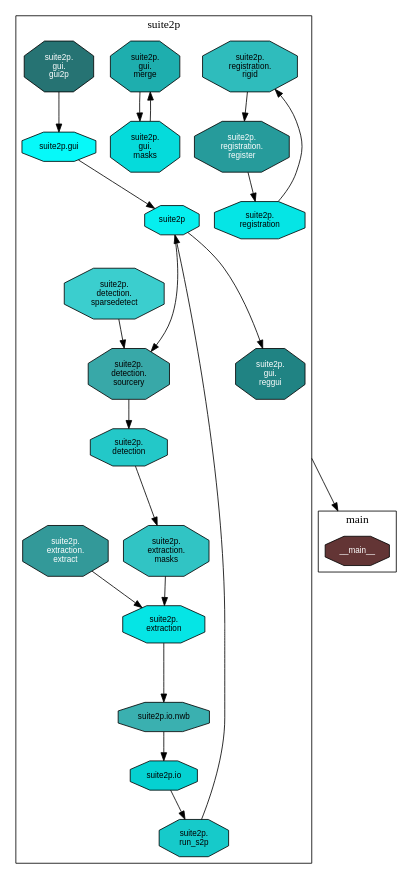
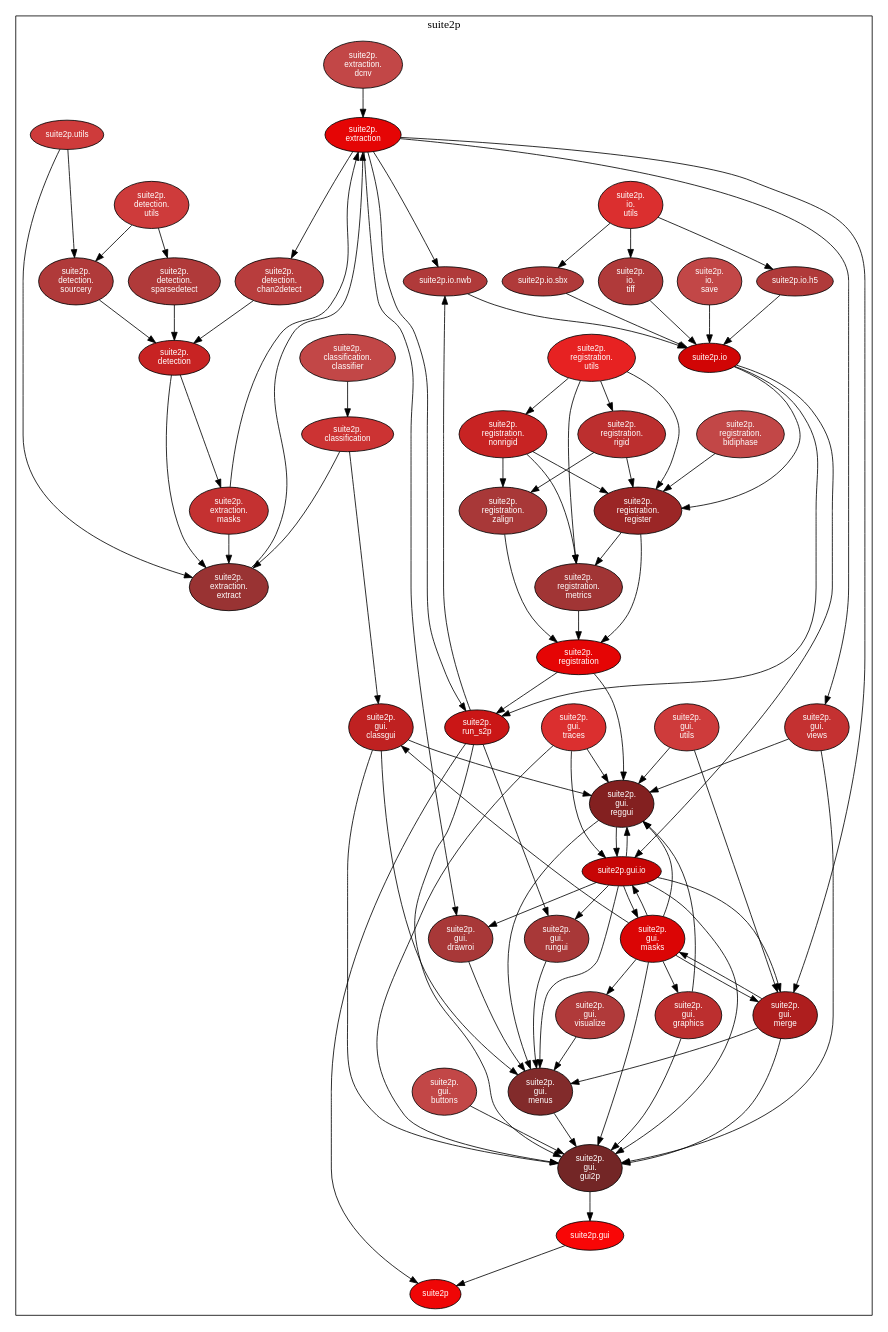
Before and after one commit to MouseLand/suite2p: the diagram in scripts/suite2p.dot, drawn with Graphviz. The commit also changed 4 other files, not shown here.

Commit message:
removed dependency of sourcery on sparsedetect.

```diff
--- a/scripts/suite2p.dot
+++ b/scripts/suite2p.dot
@@ -5,48 +5,143 @@
     rankdir = TB;
     node [style=filled,fillcolor="#ffffff",fontcolor="#000000",fontname=Helvetica,fontsize=10];
 
-subgraph cluster_main {
-    label = main;
-    __main__ [fillcolor="#633535",fontcolor="#ffffff",shape="octagon"];
-}
 subgraph cluster_suite2p {
     label = suite2p;
-    suite2p_gui_reggui [fillcolor="#208383",fontcolor="#ffffff",label="suite2p\.\ngui\.\nreggui",shape="octagon"];
-    suite2p_registration_rigid [fillcolor="#2fbcbc",label="suite2p\.\nregistration\.\nrigid",shape="octagon"];
-    suite2p [fillcolor="#06efef",shape="octagon"];
-    suite2p_gui_merge [fillcolor="#1eaeae",label="suite2p\.\ngui\.\nmerge",shape="octagon"];
-    suite2p_run_s2p [fillcolor="#16caca",label="suite2p\.\nrun_s2p",shape="octagon"];
-    suite2p_extraction [fillcolor="#05e5e5",label="suite2p\.\nextraction",shape="octagon"];
-    suite2p_extraction_masks [fillcolor="#31c4c4",label="suite2p\.\nextraction\.\nmasks",shape="octagon"];
-    suite2p_detection_sourcery [fillcolor="#38a8a8",label="suite2p\.\ndetection\.\nsourcery",shape="octagon"];
-    suite2p_gui_gui2p [fillcolor="#267373",fontcolor="#ffffff",label="suite2p\.\ngui\.\ngui2p",shape="octagon"];
-    suite2p_registration_register [fillcolor="#269b9b",fontcolor="#ffffff",label="suite2p\.\nregistration\.\nregister",shape="octagon"];
-    suite2p_registration [fillcolor="#05e5e5",label="suite2p\.\nregistration",shape="octagon"];
-    suite2p_detection [fillcolor="#23c8c8",label="suite2p\.\ndetection",shape="octagon"];
-    suite2p_gui [fillcolor="#06f9f9",label="suite2p.gui",shape="octagon"];
-    suite2p_detection_sparsedetect [fillcolor="#3bcece",label="suite2p\.\ndetection\.\nsparsedetect",shape="octagon"];
-    suite2p_io [fillcolor="#05d1d1",label="suite2p.io",shape="octagon"];
-    suite2p_io_nwb [fillcolor="#3ab0b0",label="suite2p.io.nwb",shape="octagon"];
-    suite2p_gui_masks [fillcolor="#05dbdb",label="suite2p\.\ngui\.\nmasks",shape="octagon"];
-    suite2p_extraction_extract [fillcolor="#339999",fontcolor="#ffffff",label="suite2p\.\nextraction\.\nextract",shape="octagon"];
+    suite2p [fillcolor="#ef0606",fontcolor="#ffffff"];
+    suite2p_classification [fillcolor="#cc3333",fontcolor="#ffffff",label="suite2p\.\nclassification"];
+    suite2p_classification_classifier [fillcolor="#c24747",fontcolor="#ffffff",label="suite2p\.\nclassification\.\nclassifier"];
+    suite2p_detection [fillcolor="#c82323",fontcolor="#ffffff",label="suite2p\.\ndetection"];
+    suite2p_detection_chan2detect [fillcolor="#b83d3d",fontcolor="#ffffff",label="suite2p\.\ndetection\.\nchan2detect"];
+    suite2p_detection_sourcery [fillcolor="#b03a3a",fontcolor="#ffffff",label="suite2p\.\ndetection\.\nsourcery"];
+    suite2p_detection_sparsedetect [fillcolor="#b03a3a",fontcolor="#ffffff",label="suite2p\.\ndetection\.\nsparsedetect"];
+    suite2p_detection_utils [fillcolor="#ce3b3b",fontcolor="#ffffff",label="suite2p\.\ndetection\.\nutils"];
+    suite2p_extraction [fillcolor="#e50505",fontcolor="#ffffff",label="suite2p\.\nextraction"];
+    suite2p_extraction_dcnv [fillcolor="#c24747",fontcolor="#ffffff",label="suite2p\.\nextraction\.\ndcnv"];
+    suite2p_extraction_extract [fillcolor="#993333",fontcolor="#ffffff",label="suite2p\.\nextraction\.\nextract"];
+    suite2p_extraction_masks [fillcolor="#c43131",fontcolor="#ffffff",label="suite2p\.\nextraction\.\nmasks"];
+    suite2p_gui [fillcolor="#f90606",fontcolor="#ffffff",label="suite2p.gui"];
+    suite2p_gui_buttons [fillcolor="#c24747",fontcolor="#ffffff",label="suite2p\.\ngui\.\nbuttons"];
+    suite2p_gui_classgui [fillcolor="#bf2121",fontcolor="#ffffff",label="suite2p\.\ngui\.\nclassgui"];
+    suite2p_gui_drawroi [fillcolor="#a83838",fontcolor="#ffffff",label="suite2p\.\ngui\.\ndrawroi"];
+    suite2p_gui_graphics [fillcolor="#bc2f2f",fontcolor="#ffffff",label="suite2p\.\ngui\.\ngraphics"];
+    suite2p_gui_gui2p [fillcolor="#732626",fontcolor="#ffffff",label="suite2p\.\ngui\.\ngui2p"];
+    suite2p_gui_io [fillcolor="#c70505",fontcolor="#ffffff",label="suite2p.gui.io"];
+    suite2p_gui_masks [fillcolor="#db0505",fontcolor="#ffffff",label="suite2p\.\ngui\.\nmasks"];
+    suite2p_gui_menus [fillcolor="#822b2b",fontcolor="#ffffff",label="suite2p\.\ngui\.\nmenus"];
+    suite2p_gui_merge [fillcolor="#ae1e1e",fontcolor="#ffffff",label="suite2p\.\ngui\.\nmerge"];
+    suite2p_gui_reggui [fillcolor="#832020",fontcolor="#ffffff",label="suite2p\.\ngui\.\nreggui"];
+    suite2p_gui_rungui [fillcolor="#a83838",fontcolor="#ffffff",label="suite2p\.\ngui\.\nrungui"];
+    suite2p_gui_traces [fillcolor="#db2f2f",fontcolor="#ffffff",label="suite2p\.\ngui\.\ntraces"];
+    suite2p_gui_utils [fillcolor="#ce3b3b",fontcolor="#ffffff",label="suite2p\.\ngui\.\nutils"];
+    suite2p_gui_views [fillcolor="#c43131",fontcolor="#ffffff",label="suite2p\.\ngui\.\nviews"];
+    suite2p_gui_visualize [fillcolor="#b03a3a",fontcolor="#ffffff",label="suite2p\.\ngui\.\nvisualize"];
+    suite2p_io [fillcolor="#d10505",fontcolor="#ffffff",label="suite2p.io"];
+    suite2p_io_h5 [fillcolor="#b03a3a",fontcolor="#ffffff",label="suite2p.io.h5"];
+    suite2p_io_nwb [fillcolor="#b03a3a",fontcolor="#ffffff",label="suite2p.io.nwb"];
+    suite2p_io_save [fillcolor="#c24747",fontcolor="#ffffff",label="suite2p\.\nio\.\nsave"];
+    suite2p_io_sbx [fillcolor="#b03a3a",fontcolor="#ffffff",label="suite2p.io.sbx"];
+    suite2p_io_tiff [fillcolor="#b03a3a",fontcolor="#ffffff",label="suite2p\.\nio\.\ntiff"];
+    suite2p_io_utils [fillcolor="#db2f2f",fontcolor="#ffffff",label="suite2p\.\nio\.\nutils"];
+    suite2p_registration [fillcolor="#e50505",fontcolor="#ffffff",label="suite2p\.\nregistration"];
+    suite2p_registration_bidiphase [fillcolor="#c24747",fontcolor="#ffffff",label="suite2p\.\nregistration\.\nbidiphase"];
+    suite2p_registration_metrics [fillcolor="#a13535",fontcolor="#ffffff",label="suite2p\.\nregistration\.\nmetrics"];
+    suite2p_registration_nonrigid [fillcolor="#c82323",fontcolor="#ffffff",label="suite2p\.\nregistration\.\nnonrigid"];
+    suite2p_registration_register [fillcolor="#9b2626",fontcolor="#ffffff",label="suite2p\.\nregistration\.\nregister"];
+    suite2p_registration_rigid [fillcolor="#bc2f2f",fontcolor="#ffffff",label="suite2p\.\nregistration\.\nrigid"];
+    suite2p_registration_utils [fillcolor="#e72222",fontcolor="#ffffff",label="suite2p\.\nregistration\.\nutils"];
+    suite2p_registration_zalign [fillcolor="#a83838",fontcolor="#ffffff",label="suite2p\.\nregistration\.\nzalign"];
+    suite2p_run_s2p [fillcolor="#ca1616",fontcolor="#ffffff",label="suite2p\.\nrun_s2p"];
+    suite2p_utils [fillcolor="#ce3b3b",fontcolor="#ffffff",label="suite2p.utils"];
 }
-    suite2p -> suite2p_detection_sourcery [fillcolor="#000000",minlen="2"];
-    suite2p -> suite2p_gui_reggui [fillcolor="#000000",minlen="2"];
+    suite2p_classification -> suite2p_extraction_extract [fillcolor="#000000",minlen="2"];
+    suite2p_classification -> suite2p_gui_classgui [fillcolor="#000000",minlen="2"];
+    suite2p_classification_classifier -> suite2p_classification [fillcolor="#000000",weight="2"];
+    suite2p_detection -> suite2p_extraction_extract [fillcolor="#000000",minlen="2"];
     suite2p_detection -> suite2p_extraction_masks [fillcolor="#000000",minlen="2"];
+    suite2p_detection_chan2detect -> suite2p_detection [fillcolor="#000000",weight="2"];
     suite2p_detection_sourcery -> suite2p_detection [fillcolor="#000000",weight="2"];
-    suite2p_detection_sparsedetect -> suite2p_detection_sourcery [fillcolor="#000000",weight="2"];
+    suite2p_detection_sparsedetect -> suite2p_detection [fillcolor="#000000",weight="2"];
+    suite2p_detection_utils -> suite2p_detection_sourcery [fillcolor="#000000",weight="2"];
+    suite2p_detection_utils -> suite2p_detection_sparsedetect [fillcolor="#000000",weight="2"];
+    suite2p_extraction -> suite2p_detection_chan2detect [fillcolor="#000000",minlen="2"];
+    suite2p_extraction -> suite2p_gui_drawroi [fillcolor="#000000",minlen="2"];
+    suite2p_extraction -> suite2p_gui_merge [fillcolor="#000000",minlen="2"];
+    suite2p_extraction -> suite2p_gui_views [fillcolor="#000000",minlen="2"];
     suite2p_extraction -> suite2p_io_nwb [fillcolor="#000000",minlen="2"];
+    suite2p_extraction -> suite2p_run_s2p [fillcolor="#000000"];
+    suite2p_extraction_dcnv -> suite2p_extraction [fillcolor="#000000",weight="2"];
     suite2p_extraction_extract -> suite2p_extraction [fillcolor="#000000",weight="2"];
     suite2p_extraction_masks -> suite2p_extraction [fillcolor="#000000",weight="2"];
+    suite2p_extraction_masks -> suite2p_extraction_extract [fillcolor="#000000",weight="2"];
     suite2p_gui -> suite2p [fillcolor="#000000"];
+    suite2p_gui_buttons -> suite2p_gui_gui2p [fillcolor="#000000",weight="2"];
+    suite2p_gui_classgui -> suite2p_gui_gui2p [fillcolor="#000000",weight="2"];
+    suite2p_gui_classgui -> suite2p_gui_menus [fillcolor="#000000",weight="2"];
+    suite2p_gui_classgui -> suite2p_gui_reggui [fillcolor="#000000",weight="2"];
+    suite2p_gui_drawroi -> suite2p_gui_menus [fillcolor="#000000",weight="2"];
+    suite2p_gui_graphics -> suite2p_gui_gui2p [fillcolor="#000000",weight="2"];
+    suite2p_gui_graphics -> suite2p_gui_reggui [fillcolor="#000000",weight="2"];
     suite2p_gui_gui2p -> suite2p_gui [fillcolor="#000000",weight="2"];
+    suite2p_gui_io -> suite2p_gui_drawroi [fillcolor="#000000",weight="2"];
+    suite2p_gui_io -> suite2p_gui_gui2p [fillcolor="#000000",weight="2"];
+    suite2p_gui_io -> suite2p_gui_masks [fillcolor="#000000",weight="2"];
+    suite2p_gui_io -> suite2p_gui_menus [fillcolor="#000000",weight="2"];
+    suite2p_gui_io -> suite2p_gui_merge [fillcolor="#000000",weight="2"];
+    suite2p_gui_io -> suite2p_gui_reggui [fillcolor="#000000",weight="2"];
+    suite2p_gui_io -> suite2p_gui_rungui [fillcolor="#000000",weight="2"];
+    suite2p_gui_masks -> suite2p_gui_classgui [fillcolor="#000000",weight="2"];
+    suite2p_gui_masks -> suite2p_gui_graphics [fillcolor="#000000",weight="2"];
+    suite2p_gui_masks -> suite2p_gui_gui2p [fillcolor="#000000",weight="2"];
+    suite2p_gui_masks -> suite2p_gui_io [fillcolor="#000000",weight="2"];
     suite2p_gui_masks -> suite2p_gui_merge [fillcolor="#000000",weight="2"];
+    suite2p_gui_masks -> suite2p_gui_reggui [fillcolor="#000000",weight="2"];
+    suite2p_gui_masks -> suite2p_gui_visualize [fillcolor="#000000",weight="2"];
+    suite2p_gui_menus -> suite2p_gui_gui2p [fillcolor="#000000",weight="2"];
+    suite2p_gui_merge -> suite2p_gui_gui2p [fillcolor="#000000",weight="2"];
     suite2p_gui_merge -> suite2p_gui_masks [fillcolor="#000000",weight="2"];
-    suite2p_gui_reggui -> __main__ [fillcolor="#000000",lhead="cluster_main",ltail="cluster_suite2p",minlen="3"];
+    suite2p_gui_merge -> suite2p_gui_menus [fillcolor="#000000",weight="2"];
+    suite2p_gui_reggui -> suite2p_gui_io [fillcolor="#000000",weight="2"];
+    suite2p_gui_reggui -> suite2p_gui_menus [fillcolor="#000000",weight="2"];
+    suite2p_gui_rungui -> suite2p_gui_menus [fillcolor="#000000",weight="2"];
+    suite2p_gui_traces -> suite2p_gui_gui2p [fillcolor="#000000",weight="2"];
+    suite2p_gui_traces -> suite2p_gui_io [fillcolor="#000000",weight="2"];
+    suite2p_gui_traces -> suite2p_gui_reggui [fillcolor="#000000",weight="2"];
+    suite2p_gui_utils -> suite2p_gui_merge [fillcolor="#000000",weight="2"];
+    suite2p_gui_utils -> suite2p_gui_reggui [fillcolor="#000000",weight="2"];
+    suite2p_gui_views -> suite2p_gui_gui2p [fillcolor="#000000",weight="2"];
+    suite2p_gui_views -> suite2p_gui_reggui [fillcolor="#000000",weight="2"];
+    suite2p_gui_visualize -> suite2p_gui_menus [fillcolor="#000000",weight="2"];
+    suite2p_io -> suite2p_gui_io [fillcolor="#000000",minlen="2"];
+    suite2p_io -> suite2p_registration_register [fillcolor="#000000",minlen="2"];
     suite2p_io -> suite2p_run_s2p [fillcolor="#000000"];
+    suite2p_io_h5 -> suite2p_io [fillcolor="#000000",weight="2"];
     suite2p_io_nwb -> suite2p_io [fillcolor="#000000",weight="2"];
-    suite2p_registration -> suite2p_registration_rigid [fillcolor="#000000",weight="2"];
+    suite2p_io_save -> suite2p_io [fillcolor="#000000",weight="2"];
+    suite2p_io_sbx -> suite2p_io [fillcolor="#000000",weight="2"];
+    suite2p_io_tiff -> suite2p_io [fillcolor="#000000",weight="2"];
+    suite2p_io_utils -> suite2p_io_h5 [fillcolor="#000000",weight="2"];
+    suite2p_io_utils -> suite2p_io_sbx [fillcolor="#000000",weight="2"];
+    suite2p_io_utils -> suite2p_io_tiff [fillcolor="#000000",weight="2"];
+    suite2p_registration -> suite2p_gui_reggui [fillcolor="#000000",minlen="2"];
+    suite2p_registration -> suite2p_run_s2p [fillcolor="#000000"];
+    suite2p_registration_bidiphase -> suite2p_registration_register [fillcolor="#000000",weight="2"];
+    suite2p_registration_metrics -> suite2p_registration [fillcolor="#000000",weight="2"];
+    suite2p_registration_nonrigid -> suite2p_registration_metrics [fillcolor="#000000",weight="2"];
+    suite2p_registration_nonrigid -> suite2p_registration_register [fillcolor="#000000",weight="2"];
+    suite2p_registration_nonrigid -> suite2p_registration_zalign [fillcolor="#000000",weight="2"];
     suite2p_registration_register -> suite2p_registration [fillcolor="#000000",weight="2"];
+    suite2p_registration_register -> suite2p_registration_metrics [fillcolor="#000000",weight="2"];
     suite2p_registration_rigid -> suite2p_registration_register [fillcolor="#000000",weight="2"];
+    suite2p_registration_rigid -> suite2p_registration_zalign [fillcolor="#000000",weight="2"];
+    suite2p_registration_utils -> suite2p_registration_metrics [fillcolor="#000000",weight="2"];
+    suite2p_registration_utils -> suite2p_registration_nonrigid [fillcolor="#000000",weight="2"];
+    suite2p_registration_utils -> suite2p_registration_register [fillcolor="#000000",weight="2"];
+    suite2p_registration_utils -> suite2p_registration_rigid [fillcolor="#000000",weight="2"];
+    suite2p_registration_zalign -> suite2p_registration [fillcolor="#000000",weight="2"];
     suite2p_run_s2p -> suite2p [fillcolor="#000000"];
+    suite2p_run_s2p -> suite2p_gui_gui2p [fillcolor="#000000",minlen="2"];
+    suite2p_run_s2p -> suite2p_gui_rungui [fillcolor="#000000",minlen="2"];
+    suite2p_run_s2p -> suite2p_io_nwb [fillcolor="#000000",minlen="2"];
+    suite2p_utils -> suite2p_detection_sourcery [fillcolor="#000000",minlen="2"];
+    suite2p_utils -> suite2p_extraction_extract [fillcolor="#000000",minlen="2"];
 }
```
